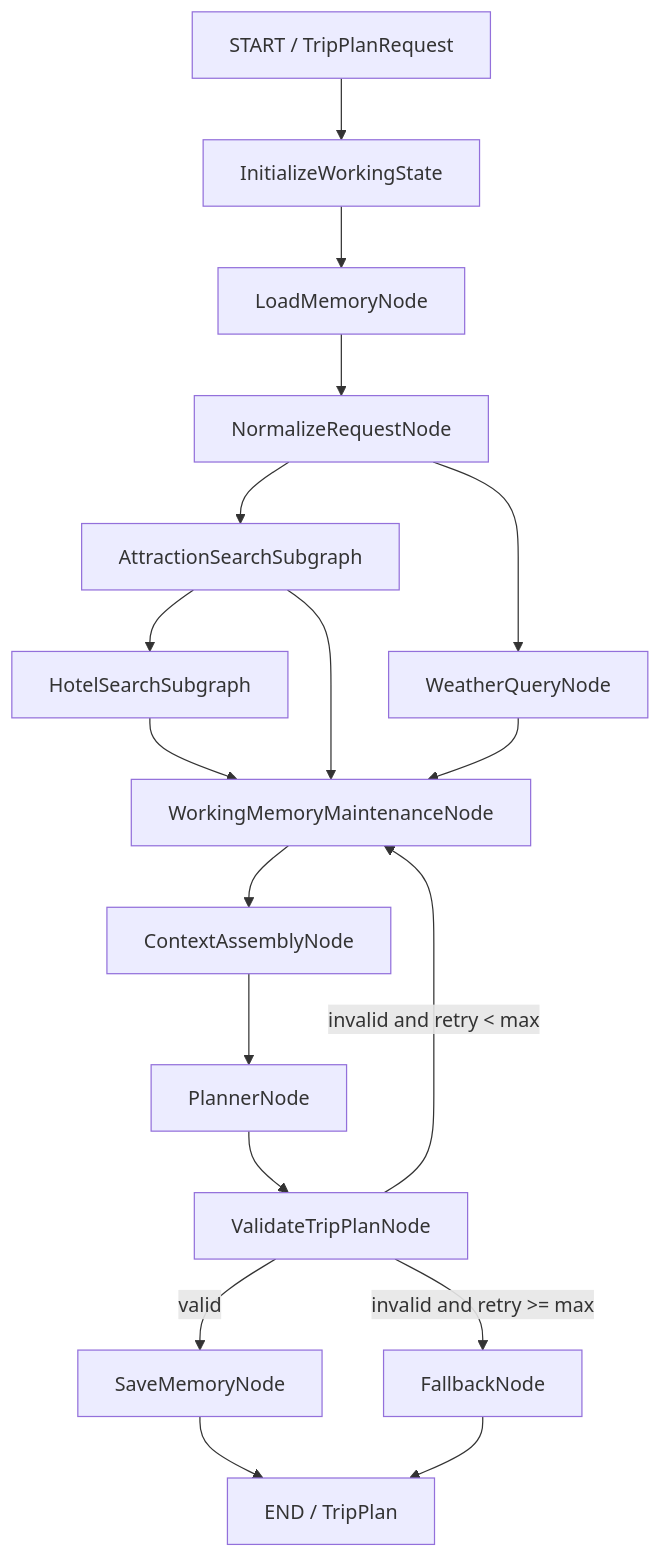
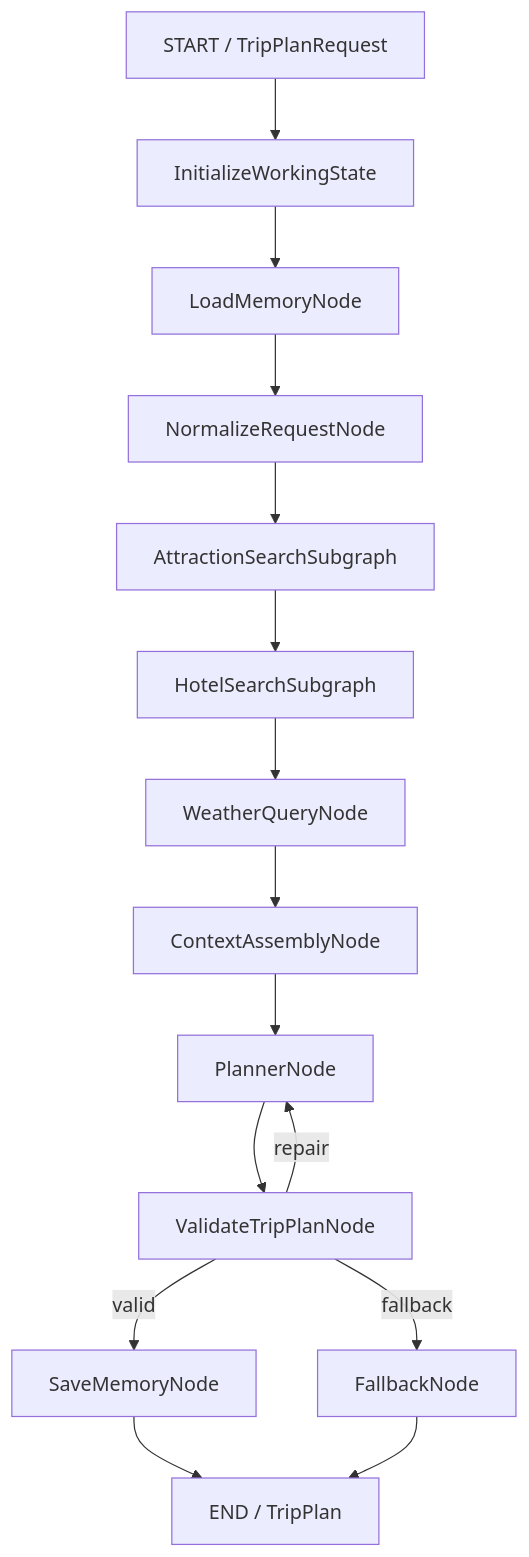
Before and after one commit to TheBigCharles/ZoeyAgent: the first of 3 diagrams in doc/agents_design.md, drawn with Mermaid. The commit also changed other lines of this file and 8 other files, not shown here.

````diff
--- a/doc/agents_design.md
+++ b/doc/agents_design.md
@@ -60,20 +62,17 @@
 ```mermaid
 flowchart TD
     A["START / TripPlanRequest"] --> B["InitializeWorkingState"]
     B --> C["LoadMemoryNode"]
     C --> D["NormalizeRequestNode"]
     D --> E["AttractionSearchSubgraph"]
-    D --> F["WeatherQueryNode"]
-    E --> G["HotelSearchSubgraph"]
-    E --> H["WorkingMemoryMaintenanceNode"]
-    F --> H
-    G --> H
-    H --> I["ContextAssemblyNode"]
-    I --> J["PlannerNode"]
-    J --> K["ValidateTripPlanNode"]
-    K -->|valid| L["SaveMemoryNode"]
-    K -->|invalid and retry < max| H
-    K -->|invalid and retry >= max| M["FallbackNode"]
-    L --> N["END / TripPlan"]
-    M --> N
+    E --> F["HotelSearchSubgraph"]
+    F --> G["WeatherQueryNode"]
+    G --> H["ContextAssemblyNode"]
+    H --> I["PlannerNode"]
+    I --> J["ValidateTripPlanNode"]
+    J -->|valid| K["SaveMemoryNode"]
+    J -->|repair| I
+    J -->|fallback| L["FallbackNode"]
+    K --> M["END / TripPlan"]
+    L --> M
 ```
````
